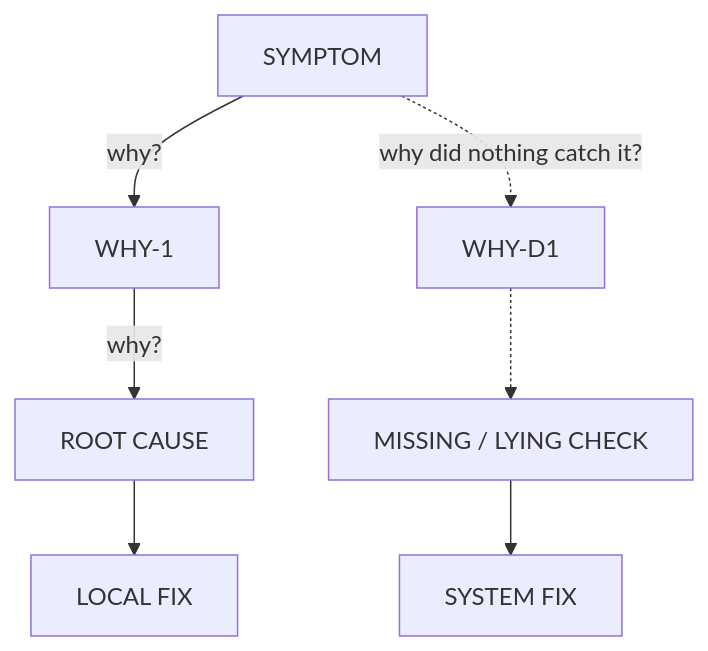
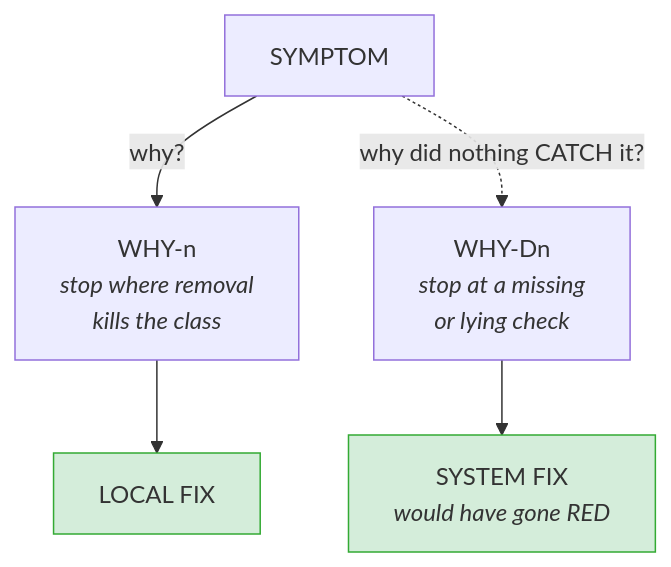
One commit to o2alexanderfedin/af-tools changed the first of 2 diagrams in af/skills/five-whys/SKILL.md. Above: the diagram before and after it, drawn with Mermaid. The commit also changed other lines of this file, not shown here.

````diff
--- a/af/skills/five-whys/SKILL.md
+++ b/af/skills/five-whys/SKILL.md
@@ -144,5 +21,8 @@
 ```mermaid
 flowchart TD
-    S["SYMPTOM"] -->|why?| W1["WHY-1"] -->|why?| RC["ROOT CAUSE"] --> LF["LOCAL FIX"]
-    S -.->|why did nothing catch it?| D1["WHY-D1"] -.-> MC["MISSING / LYING CHECK"] --> SF["SYSTEM FIX"]
+    S["SYMPTOM"] -->|why?| W["WHY-n<br/><i>stop where removal<br/>kills the class</i>"] --> LF["LOCAL FIX"]
+    S -.->|"why did nothing CATCH it?"| D["WHY-Dn<br/><i>stop at a missing<br/>or lying check</i>"] --> SF["SYSTEM FIX<br/><i>would have gone RED</i>"]
+
+    style LF fill:#d4edda,stroke:#3a3
+    style SF fill:#d4edda,stroke:#3a3
 ```
````
